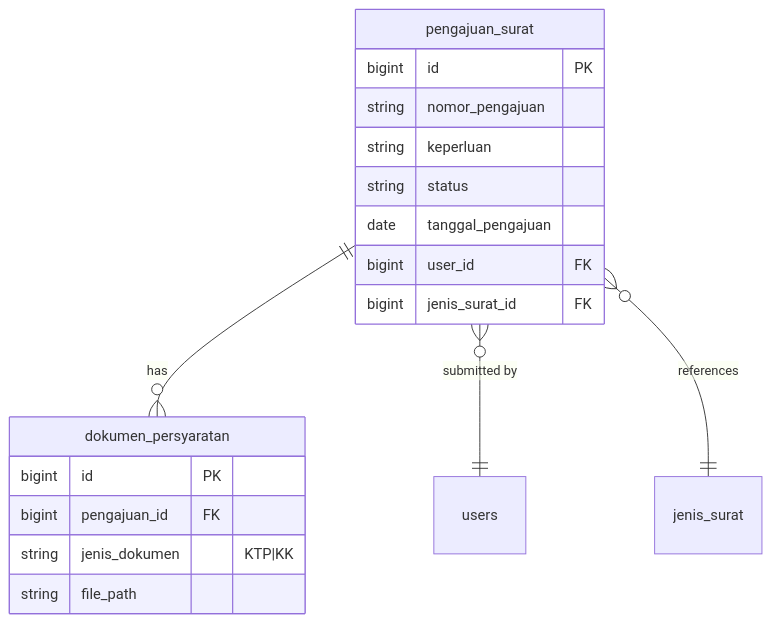
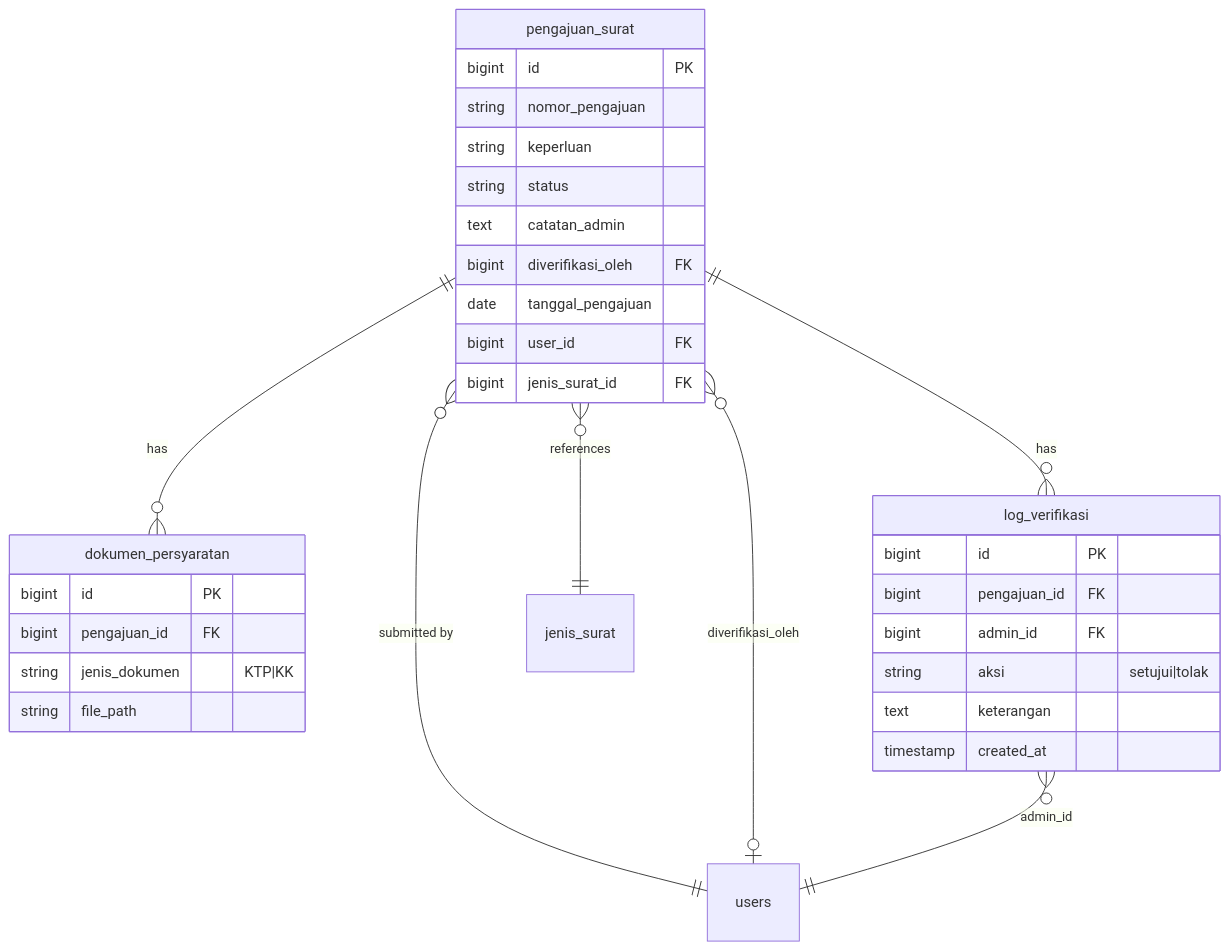
The second of 2 diagrams in docs/dev-docs/features/verifikasi-pengajuan.md (ZulfikarHD/sistem-desa), drawn with Mermaid before and after one commit. The commit also changed other lines of this file and 15 other files, not shown here.

First line of the commit message:
feat(verifikasi): tambah setujui/tolak pengajuan dan transisi otomatis diproses (US-4.3 & US-4.4)

````diff
--- a/docs/dev-docs/features/verifikasi-pengajuan.md
+++ b/docs/dev-docs/features/verifikasi-pengajuan.md
@@ -29,21 +36,34 @@
 ```mermaid
 erDiagram
     pengajuan_surat ||--o{ dokumen_persyaratan : has
+    pengajuan_surat ||--o{ log_verifikasi : has
     pengajuan_surat }o--|| users : "submitted by"
+    pengajuan_surat }o--o| users : "diverifikasi_oleh"
     pengajuan_surat }o--|| jenis_surat : references
+    log_verifikasi }o--|| users : "admin_id"
     pengajuan_surat {
         bigint id PK
         string nomor_pengajuan
         string keperluan
         string status
+        text catatan_admin
+        bigint diverifikasi_oleh FK
         date tanggal_pengajuan
         bigint user_id FK
         bigint jenis_surat_id FK
+    }
+    log_verifikasi {
+        bigint id PK
+        bigint pengajuan_id FK
+        bigint admin_id FK
+        string aksi "setujui|tolak"
+        text keterangan
+        timestamp created_at
     }
     dokumen_persyaratan {
         bigint id PK
         bigint pengajuan_id FK
         string jenis_dokumen "KTP|KK"
         string file_path
     }
 ```
````
